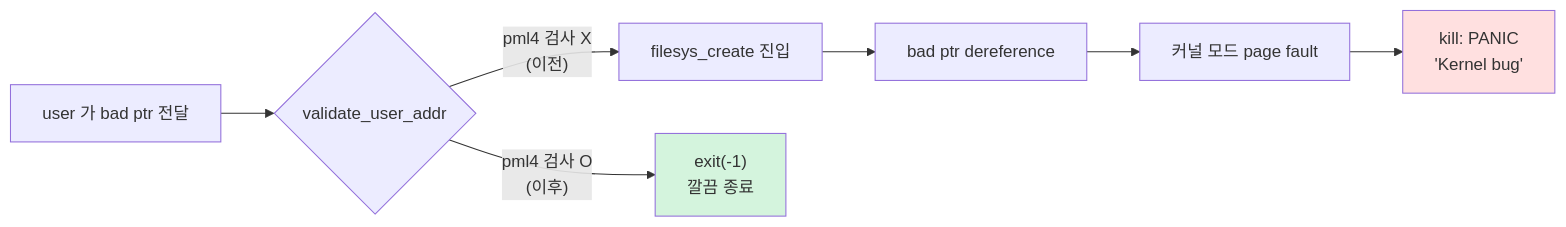
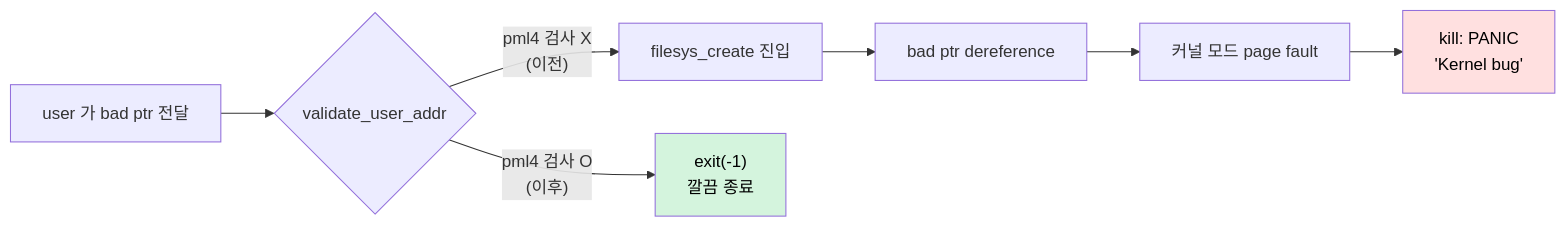
The fourth of 7 diagrams in TIL/project3_vm_userprog_regression_til.md (JYPark-Code/SW-AI-W1112-Pintos), drawn with Mermaid before and after one commit. The commit also changed other lines of this file, not shown here.

First line of the commit message:
docs(TIL): mermaid 박스의 글씨 색을 검은색으로 고정

````diff
--- a/TIL/project3_vm_userprog_regression_til.md
+++ b/TIL/project3_vm_userprog_regression_til.md
@@ -320,11 +320,11 @@
 ```mermaid
 flowchart LR
     A[user 가 bad ptr 전달] --> B{validate_user_addr}
     B -->|"pml4 검사 X<br/>(이전)"| C[filesys_create 진입]
     C --> D[bad ptr dereference]
     D --> E[커널 모드 page fault]
     E --> F["kill: PANIC<br/>'Kernel bug'"]
     B -->|"pml4 검사 O<br/>(이후)"| G["exit(-1)<br/>깔끔 종료"]
-    style F fill:#ffe0e0
-    style G fill:#d4f4dd
+    style F fill:#ffe0e0,color:#000
+    style G fill:#d4f4dd,color:#000
 ```
````
